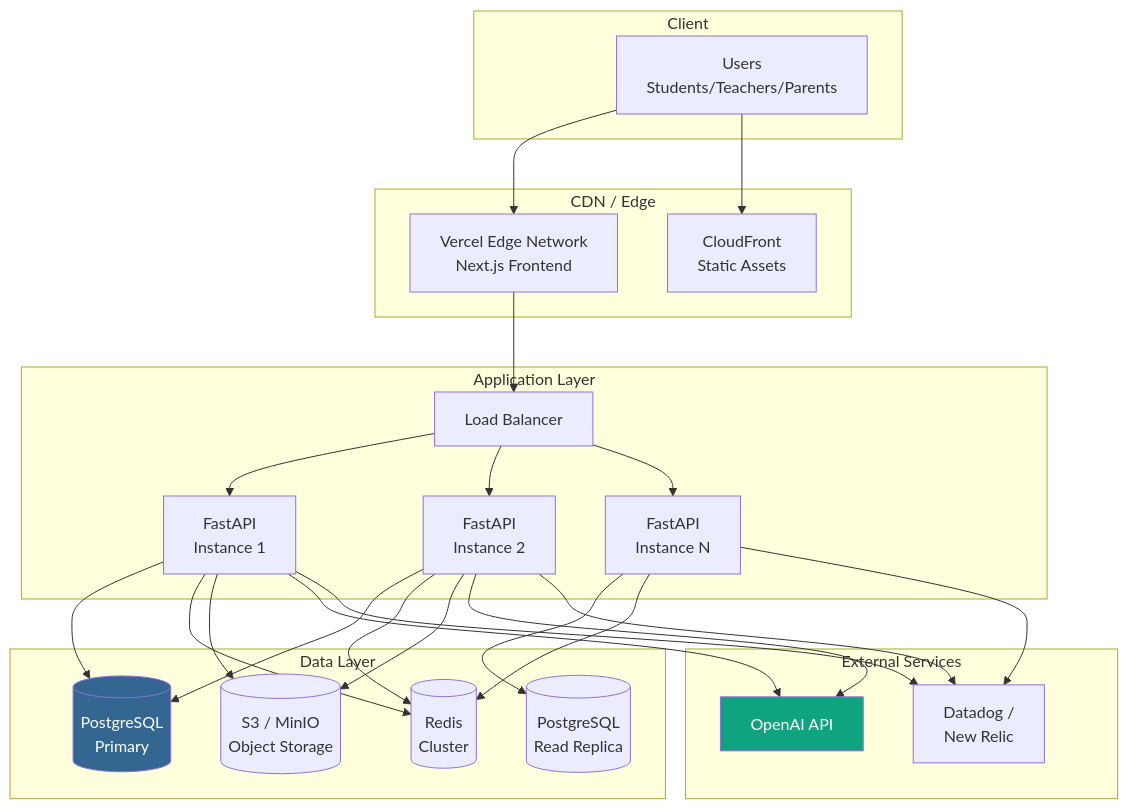
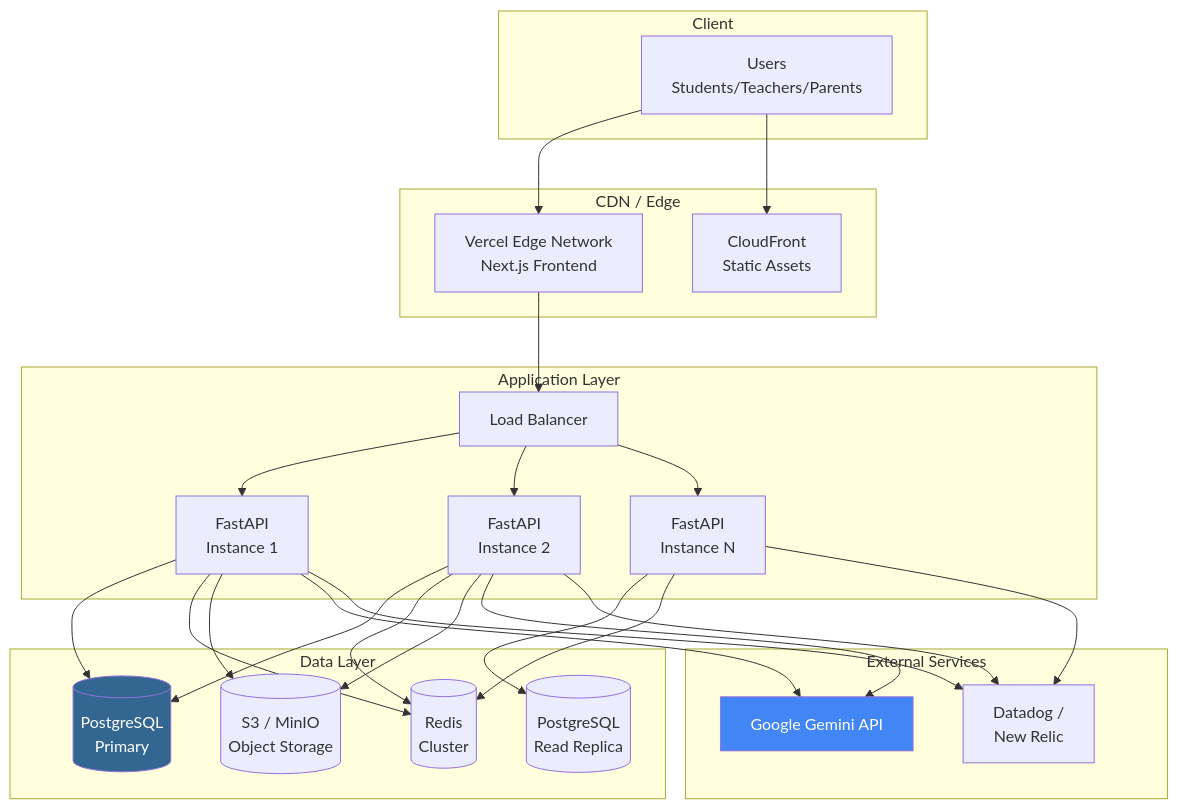
One commit to gautamthampy/cmpe295-lumo changed diagram 16 of 17 in docs/DIAGRAMS.md. Above: the diagram before and after it, drawn with Mermaid. The commit also changed other lines of this file, not shown here.

Commit message:
Update DIAGRAMS.md to replace references from OpenAI API to Google Gemini API, reflecting changes in external service integrations and updating associated styles.

````diff
--- a/docs/DIAGRAMS.md
+++ b/docs/DIAGRAMS.md
@@ -836,59 +836,59 @@
 ```mermaid
 graph TB
     subgraph "Client"
         Users[Users<br/>Students/Teachers/Parents]
     end
     
     subgraph "CDN / Edge"
         Vercel[Vercel Edge Network<br/>Next.js Frontend]
         CloudFront[CloudFront<br/>Static Assets]
     end
     
     subgraph "Application Layer"
         LB[Load Balancer]
         API1[FastAPI<br/>Instance 1]
         API2[FastAPI<br/>Instance 2]
         API3[FastAPI<br/>Instance N]
     end
     
     subgraph "Data Layer"
         PrimaryDB[(PostgreSQL<br/>Primary)]
         ReplicaDB[(PostgreSQL<br/>Read Replica)]
         RedisCluster[(Redis<br/>Cluster)]
         S3[(S3 / MinIO<br/>Object Storage)]
     end
     
     subgraph "External Services"
-        OpenAI[OpenAI API]
+        Gemini[Google Gemini API]
         Monitoring[Datadog /<br/>New Relic]
     end
     
     Users --> Vercel
     Users --> CloudFront
     Vercel --> LB
     
     LB --> API1
     LB --> API2
     LB --> API3
     
     API1 --> PrimaryDB
     API2 --> PrimaryDB
     API3 --> ReplicaDB
     
     API1 --> RedisCluster
     API2 --> RedisCluster
     API3 --> RedisCluster
     
     API1 --> S3
     API2 --> S3
     
-    API1 --> OpenAI
-    API2 --> OpenAI
+    API1 --> Gemini
+    API2 --> Gemini
     
     API1 --> Monitoring
     API2 --> Monitoring
     API3 --> Monitoring
     
     style PrimaryDB fill:#336791,color:#fff
-    style OpenAI fill:#10a37f,color:#fff
+    style Gemini fill:#4285f4,color:#fff
 ```
````
